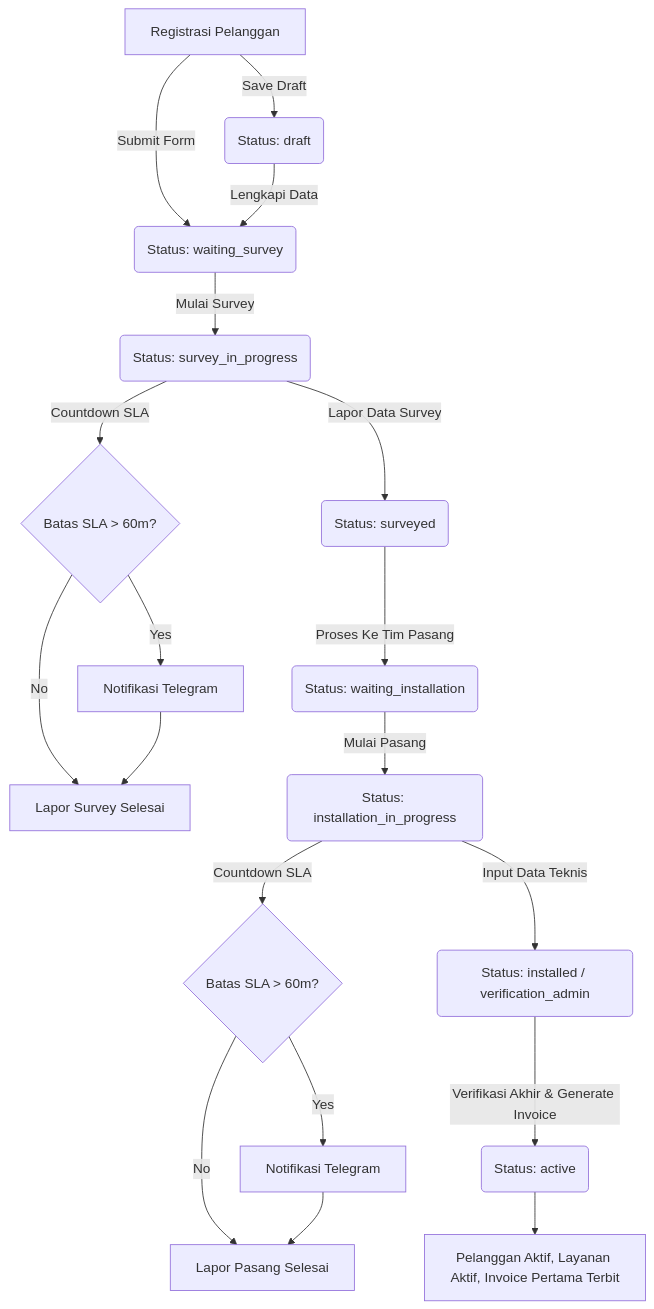
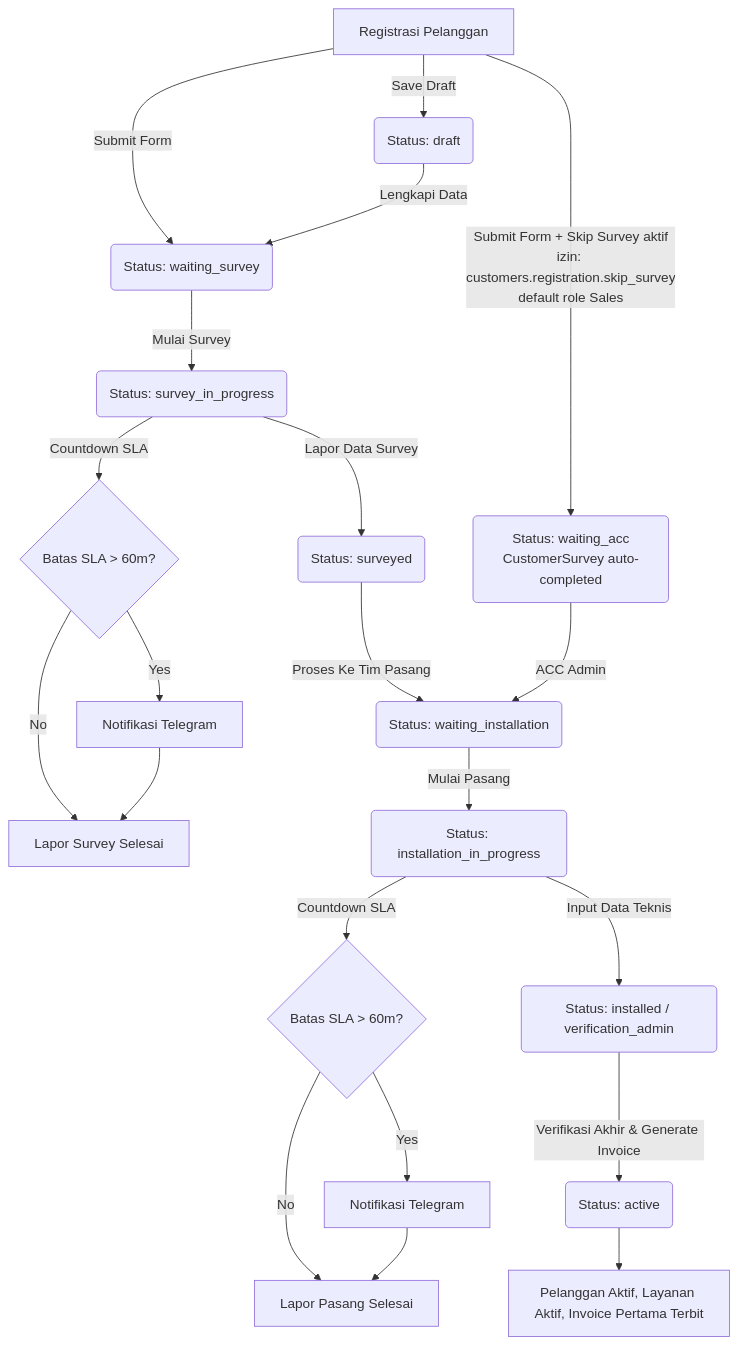
Before and after one commit to YofhiFauda/whusnet-operasional: the diagram in docs/pendaftaran-pelanggan/flowchart.md, drawn with Mermaid. The commit also changed 61 other files, not shown here.

First line of the commit message:
feat(pelanggan,rbac,realtime): skip survey registrasi, RBAC Gate fix, SPA-like realtime FOP & kolektor

````diff
--- a/docs/pendaftaran-pelanggan/flowchart.md
+++ b/docs/pendaftaran-pelanggan/flowchart.md
@@ -5,29 +5,31 @@
 ```mermaid
 flowchart TD
     A[Registrasi Pelanggan] -->|Save Draft| B(Status: draft)
     A -->|Submit Form| C(Status: waiting_survey)
+    A -->|Submit Form + Skip Survey aktif<br/>izin: customers.registration.skip_survey<br/>default role Sales| Q(Status: waiting_acc<br/>CustomerSurvey auto-completed)
     
     B -->|Lengkapi Data| C
     
     C -->|Mulai Survey| D(Status: survey_in_progress)
     D -->|Countdown SLA| E{Batas SLA > 60m?}
     E -->|Yes| F[Notifikasi Telegram]
     E -->|No| G[Lapor Survey Selesai]
     F --> G
     
     D -->|Lapor Data Survey| H(Status: surveyed)
     
     H -->|Proses Ke Tim Pasang| I(Status: waiting_installation)
+    Q -->|ACC Admin| I
     
     I -->|Mulai Pasang| J(Status: installation_in_progress)
     J -->|Countdown SLA| K{Batas SLA > 60m?}
     K -->|Yes| L[Notifikasi Telegram]
     K -->|No| M[Lapor Pasang Selesai]
     L --> M
     
     J -->|Input Data Teknis| N(Status: installed / verification_admin)
     
     N -->|Verifikasi Akhir & Generate Invoice| O(Status: active)
     
     O --> P[Pelanggan Aktif, Layanan Aktif, Invoice Pertama Terbit]
 ```
````
